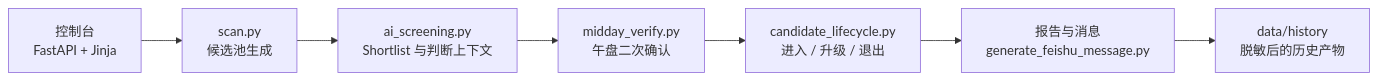
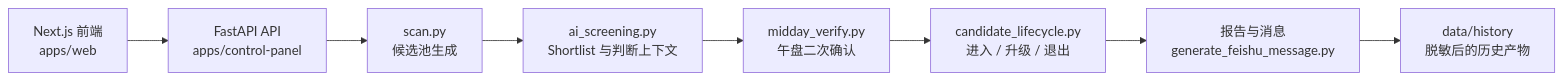
One commit to kobejiasuoer/prism changed the diagram in README.zh-CN.md. Above: the diagram before and after it, drawn with Mermaid. The commit also changed other lines of this file and 59 other files, not shown here.

````diff
--- a/README.zh-CN.md
+++ b/README.zh-CN.md
@@ -69,16 +71,18 @@
 ```mermaid
 flowchart LR
-    CP[控制台
-FastAPI + Jinja] --> SC[scan.py
+    WEB[Next.js 前端
+apps/web] --> API[FastAPI API
+apps/control-panel]
+    API --> SC[scan.py
 候选池生成]
     SC --> AI[ai_screening.py
 Shortlist 与判断上下文]
     AI --> MV[midday_verify.py
 午盘二次确认]
     MV --> LC[candidate_lifecycle.py
 进入 / 升级 / 退出]
     LC --> RP[报告与消息
 generate_feishu_message.py]
     RP --> HS[data/history
 脱敏后的历史产物]
 ```
````
